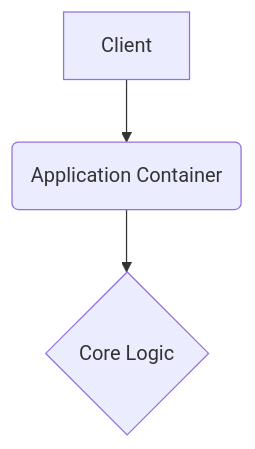
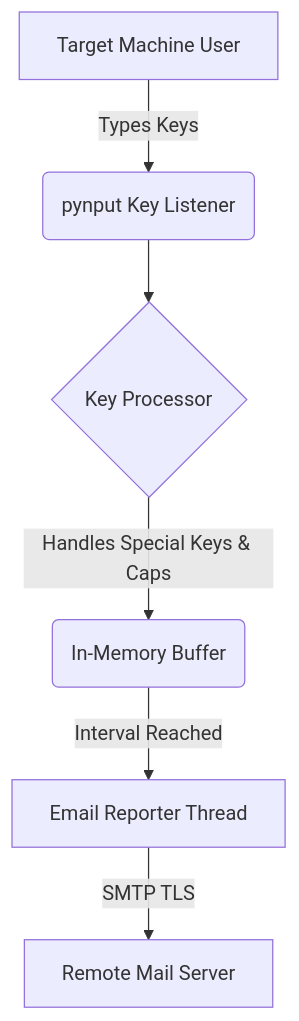
Before and after one commit to prajwal918/keylogger-monitor: the diagram in README.md, drawn with Mermaid. The commit also changed other lines of this file and 6 other files, not shown here.

Commit message:
feat(core): implement robust architecture and CI

````diff
--- a/README.md
+++ b/README.md
@@ -7,5 +13,8 @@
 ```mermaid
 graph TD
-    A[Client] --> B(Application Container)
-    B --> C{Core Logic}
+    A[Target Machine User] -->|Types Keys| B(pynput Key Listener)
+    B --> C{Key Processor}
+    C -->|Handles Special Keys & Caps| D(In-Memory Buffer)
+    D -->|Interval Reached| E[Email Reporter Thread]
+    E -->|SMTP TLS| F[Remote Mail Server]
 ```
````
